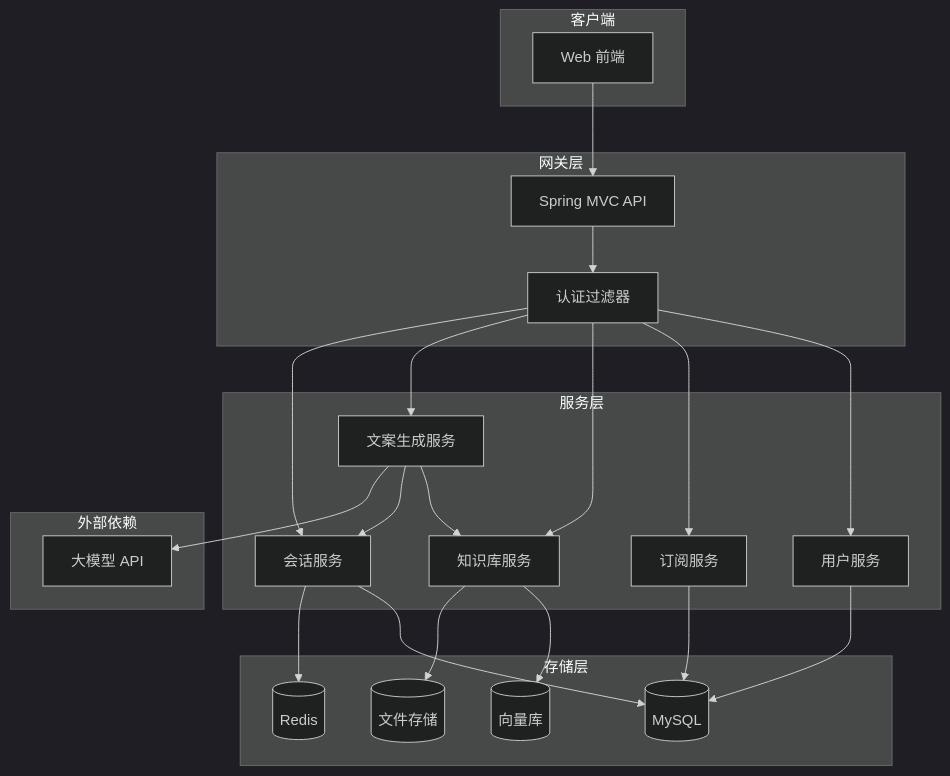
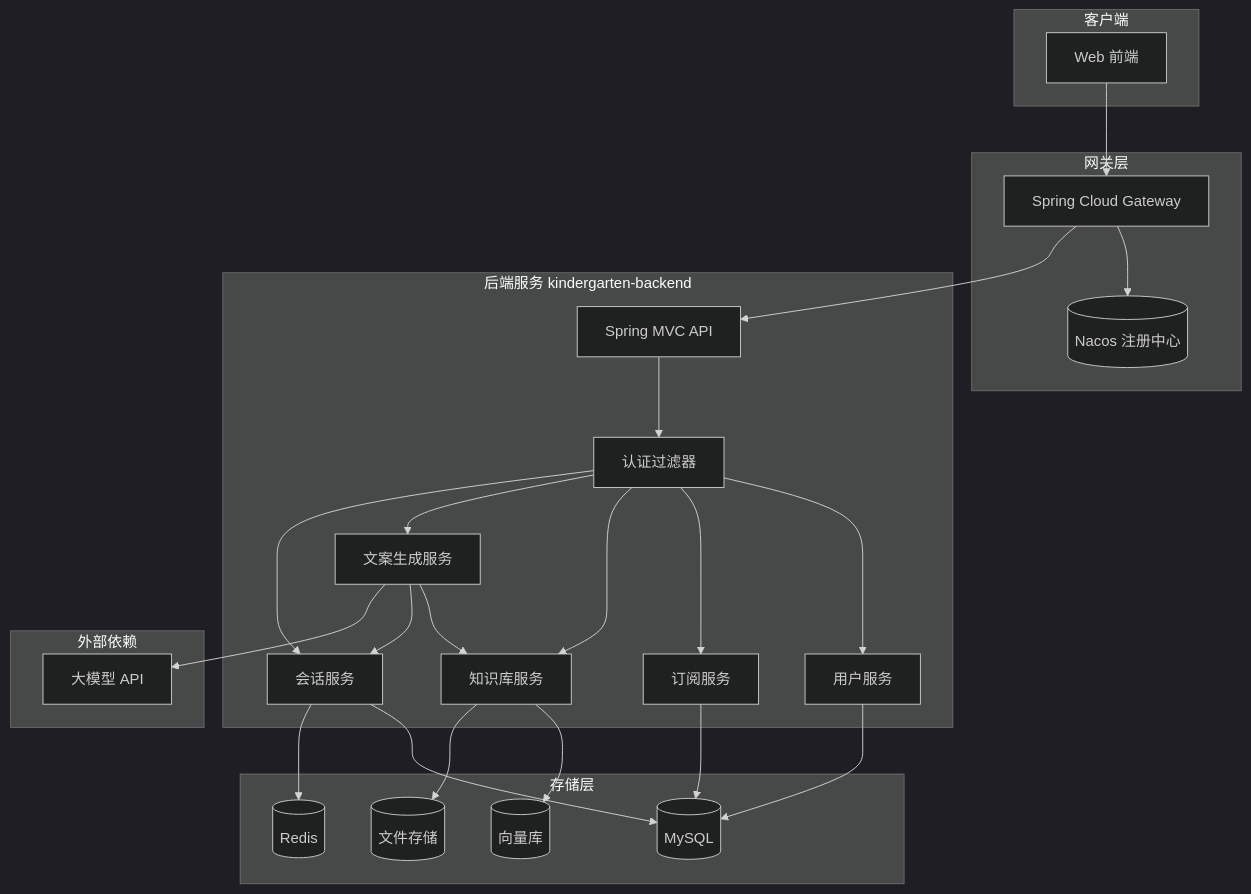
The first of 2 diagrams in docs/BACKEND_SPEC.md (dandanshalu/kindergarten-agent), drawn with Mermaid (dark theme) before and after one commit. The commit also changed other lines of this file and 33 other files, not shown here.

````diff
--- a/docs/BACKEND_SPEC.md
+++ b/docs/BACKEND_SPEC.md
@@ -24,47 +26,51 @@
 ```mermaid
 flowchart TB
     subgraph client [客户端]
         Web[Web 前端]
     end
 
     subgraph gateway [网关层]
+        GW[Spring Cloud Gateway]
+        Nacos[(Nacos 注册中心)]
+    end
+
+    subgraph backend [后端服务 kindergarten-backend]
         API[Spring MVC API]
         Auth[认证过滤器]
-    end
-
-    subgraph services [服务层]
         UserSvc[用户服务]
         SubSvc[订阅服务]
         KBSvc[知识库服务]
         GenSvc[文案生成服务]
         SessionSvc[会话服务]
     end
 
     subgraph external [外部依赖]
         LLM[大模型 API]
     end
 
     subgraph storage [存储层]
         DB[(MySQL)]
         Redis[(Redis)]
         VecDB[(向量库)]
         FileStore[(文件存储)]
     end
 
-    Web --> API
+    Web --> GW
+    GW --> Nacos
+    GW --> API
     API --> Auth
     Auth --> UserSvc
     Auth --> SubSvc
     Auth --> KBSvc
     Auth --> GenSvc
     Auth --> SessionSvc
     GenSvc --> KBSvc
     GenSvc --> SessionSvc
     GenSvc --> LLM
     KBSvc --> VecDB
     KBSvc --> FileStore
     UserSvc --> DB
     SubSvc --> DB
     SessionSvc --> DB
     SessionSvc --> Redis
 ```
````
